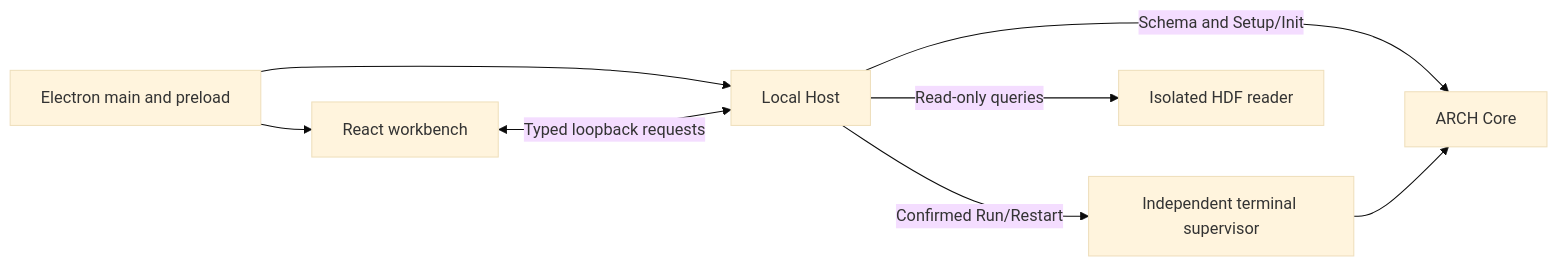
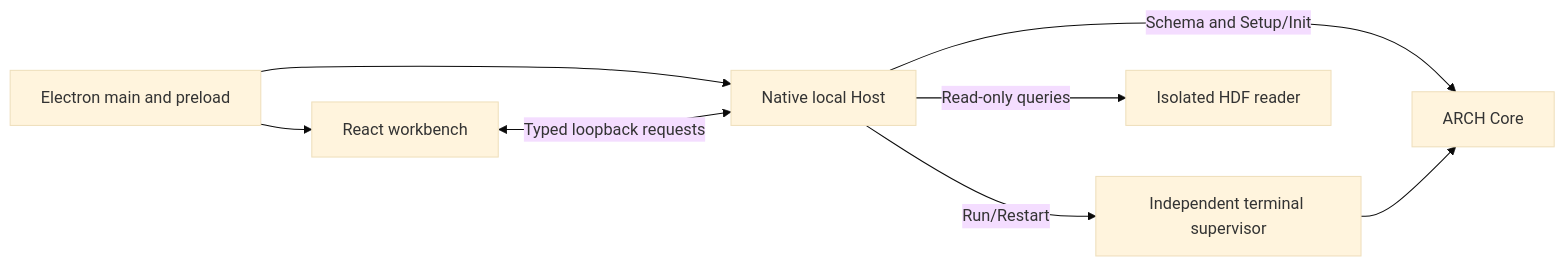
Before and after one commit to Shiro-Akane/ARCH: the diagram in studio/README.md, drawn with Mermaid (base theme). The commit also changed other lines of this file and 736 other files, not shown here.

````diff
--- a/studio/README.md
+++ b/studio/README.md
@@ -42,10 +18,10 @@
 ```mermaid
 flowchart LR
   Desktop[Electron main and preload] --> UI[React workbench]
-  Desktop --> Host[Local Host]
+  Desktop --> Host[Native local Host]
   UI <-->|Typed loopback requests| Host
   Host -->|Schema and Setup/Init| Core[ARCH Core]
-  Host -->|Confirmed Run/Restart| Supervisor[Independent terminal supervisor]
+  Host -->|Run/Restart| Supervisor[Independent terminal supervisor]
   Supervisor --> Core
   Host -->|Read-only queries| HDF[Isolated HDF reader]
 ```
````
